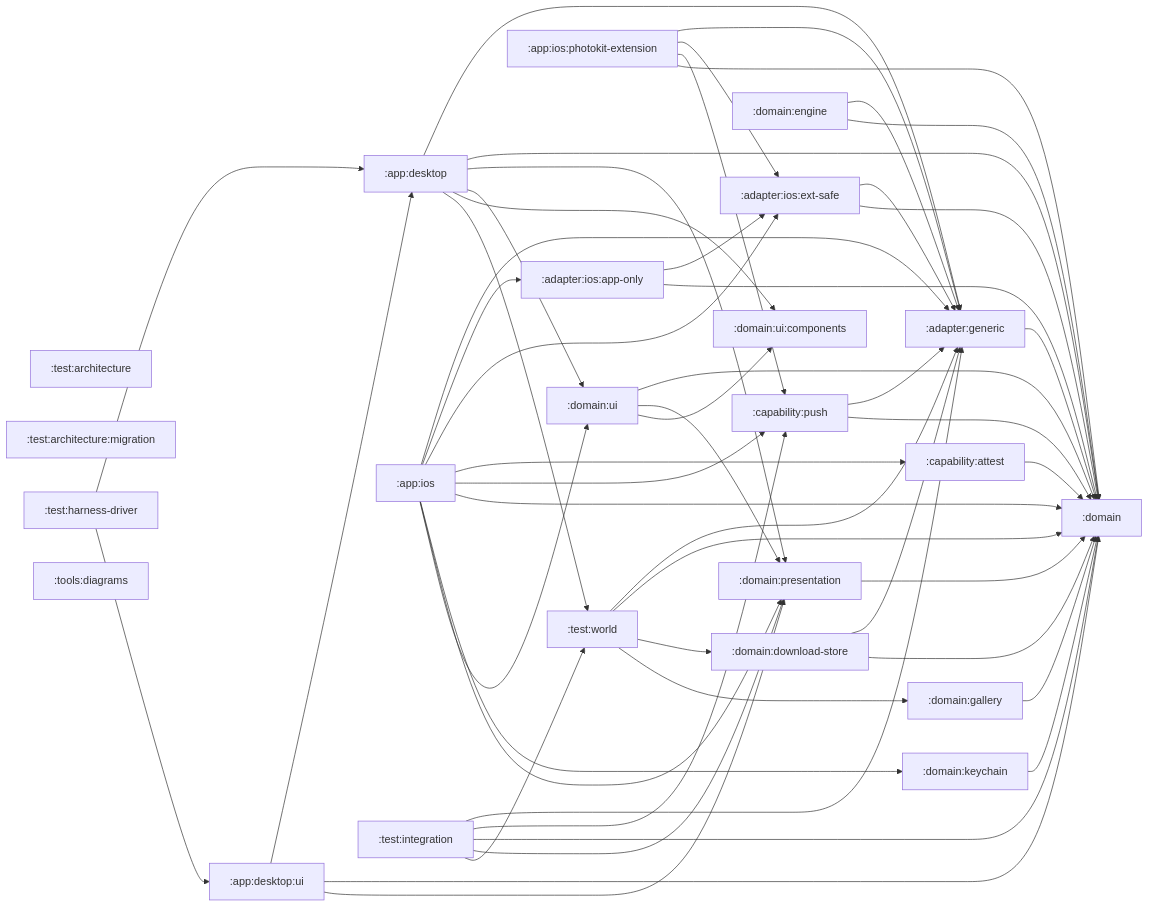
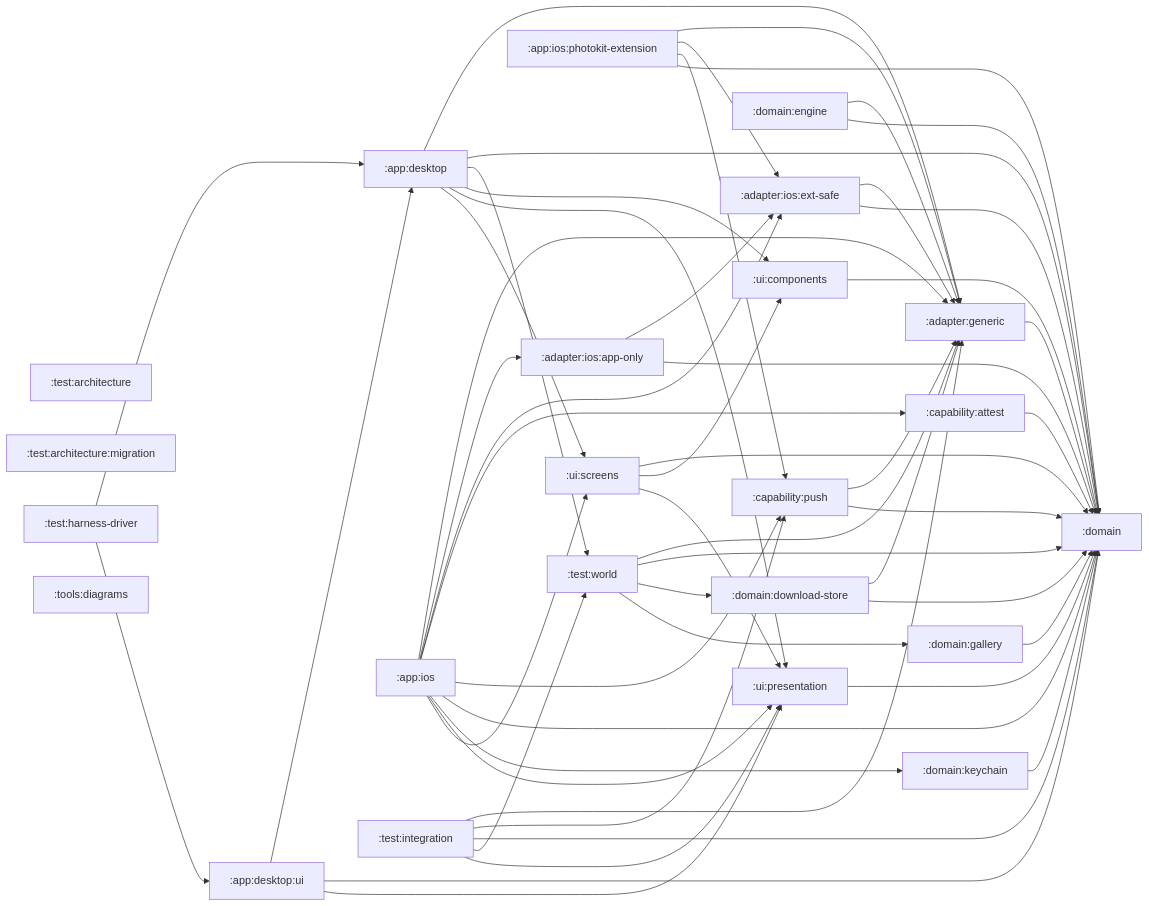
Before and after one commit to stefanhoelzl/SnapSync: the diagram in architecture/modules.md, drawn with Mermaid. The commit also changed 97 other files, not shown here.

````diff
--- a/architecture/modules.md
+++ b/architecture/modules.md
@@ -7,77 +7,78 @@
 ```mermaid
 flowchart LR
   adapter_generic[":adapter:generic"]
   adapter_ios_app_only[":adapter:ios:app-only"]
   adapter_ios_ext_safe[":adapter:ios:ext-safe"]
   app_desktop[":app:desktop"]
   app_desktop_ui[":app:desktop:ui"]
   app_ios[":app:ios"]
   app_ios_photokit_extension[":app:ios:photokit-extension"]
   capability_attest[":capability:attest"]
   capability_push[":capability:push"]
   domain[":domain"]
   domain_download_store[":domain:download-store"]
   domain_engine[":domain:engine"]
   domain_gallery[":domain:gallery"]
   domain_keychain[":domain:keychain"]
-  domain_presentation[":domain:presentation"]
-  domain_ui[":domain:ui"]
-  domain_ui_components[":domain:ui:components"]
   test_architecture[":test:architecture"]
   test_architecture_migration[":test:architecture:migration"]
   test_harness_driver[":test:harness-driver"]
   test_integration[":test:integration"]
   test_world[":test:world"]
   tools_diagrams[":tools:diagrams"]
+  ui_components[":ui:components"]
+  ui_presentation[":ui:presentation"]
+  ui_screens[":ui:screens"]
   adapter_generic --> domain
   adapter_ios_app_only --> adapter_ios_ext_safe
   adapter_ios_app_only --> domain
   adapter_ios_ext_safe --> adapter_generic
   adapter_ios_ext_safe --> domain
   app_desktop --> adapter_generic
   app_desktop --> domain
-  app_desktop --> domain_presentation
-  app_desktop --> domain_ui
-  app_desktop --> domain_ui_components
   app_desktop --> test_world
+  app_desktop --> ui_components
+  app_desktop --> ui_presentation
+  app_desktop --> ui_screens
   app_desktop_ui --> app_desktop
   app_desktop_ui --> domain
-  app_desktop_ui --> domain_presentation
+  app_desktop_ui --> ui_presentation
   app_ios --> adapter_generic
   app_ios --> adapter_ios_app_only
   app_ios --> adapter_ios_ext_safe
   app_ios --> capability_attest
   app_ios --> capability_push
   app_ios --> domain
   app_ios --> domain_keychain
-  app_ios --> domain_presentation
-  app_ios --> domain_ui
+  app_ios --> ui_presentation
+  app_ios --> ui_screens
   app_ios_photokit_extension --> adapter_generic
   app_ios_photokit_extension --> adapter_ios_ext_safe
   app_ios_photokit_extension --> capability_push
   app_ios_photokit_extension --> domain
   capability_attest --> domain
   capability_push --> adapter_generic
   capability_push --> domain
   domain_download_store --> adapter_generic
   domain_download_store --> domain
   domain_engine --> adapter_generic
   domain_engine --> domain
   domain_gallery --> domain
   domain_keychain --> domain
-  domain_presentation --> domain
-  domain_ui --> domain
-  domain_ui --> domain_presentation
-  domain_ui --> domain_ui_components
   test_harness_driver --> app_desktop
   test_harness_driver --> app_desktop_ui
   test_integration --> adapter_generic
   test_integration --> capability_push
   test_integration --> domain
-  test_integration --> domain_presentation
   test_integration --> test_world
+  test_integration --> ui_presentation
   test_world --> adapter_generic
   test_world --> domain
   test_world --> domain_download_store
   test_world --> domain_gallery
+  ui_components --> domain
+  ui_presentation --> domain
+  ui_screens --> domain
+  ui_screens --> ui_components
+  ui_screens --> ui_presentation
 ```
````
